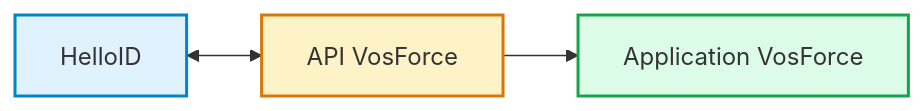
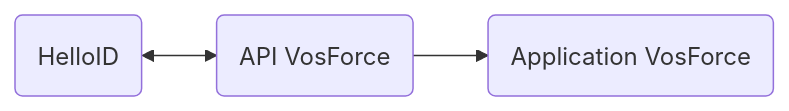
The diagram in README.md (Tools4everBV/HelloID-Conn-Prov-Target-Voskamp-VosForce), drawn with Mermaid before and after one commit.

````diff
--- a/README.md
+++ b/README.md
@@ -129,9 +129,5 @@
 ```mermaid
 flowchart LR
-    HELLOID["HelloID"] <--> API["API VosForce"]
-    API --> APP["Application VosForce"]
-
-    style HELLOID fill:#e0f2fe,stroke:#0284c7,stroke-width:2px
-    style API fill:#fef3c7,stroke:#d97706,stroke-width:2px
-    style APP fill:#dcfce7,stroke:#16a34a,stroke-width:2px
+    HELLOID("HelloID") <--> API("API VosForce")
+    API --> APP("Application VosForce")
 ```
````
